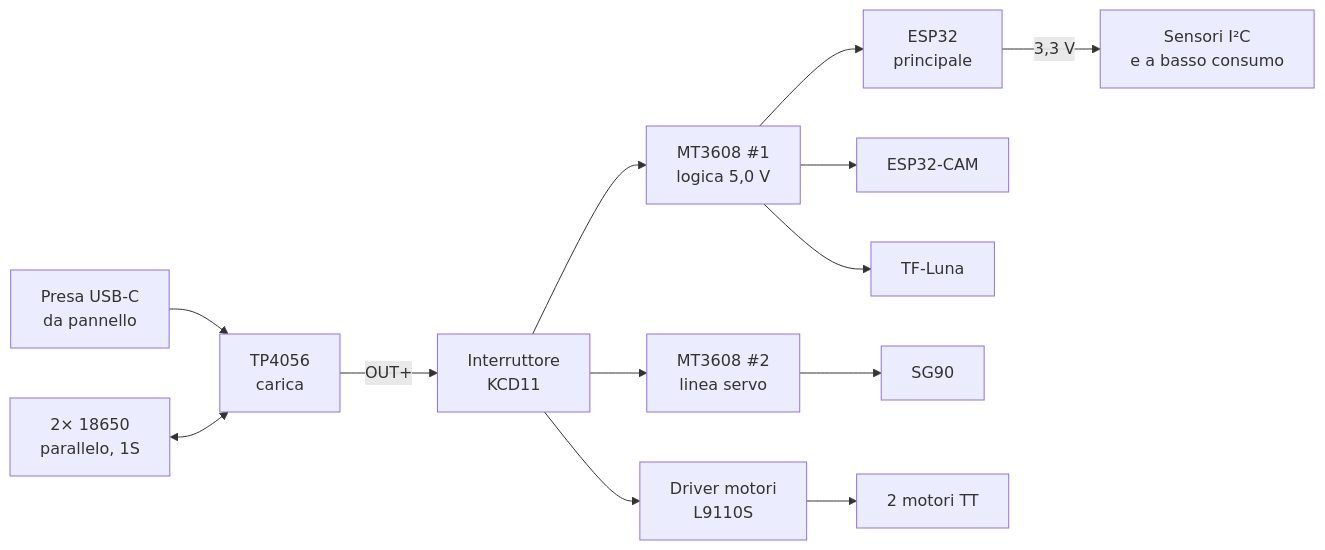
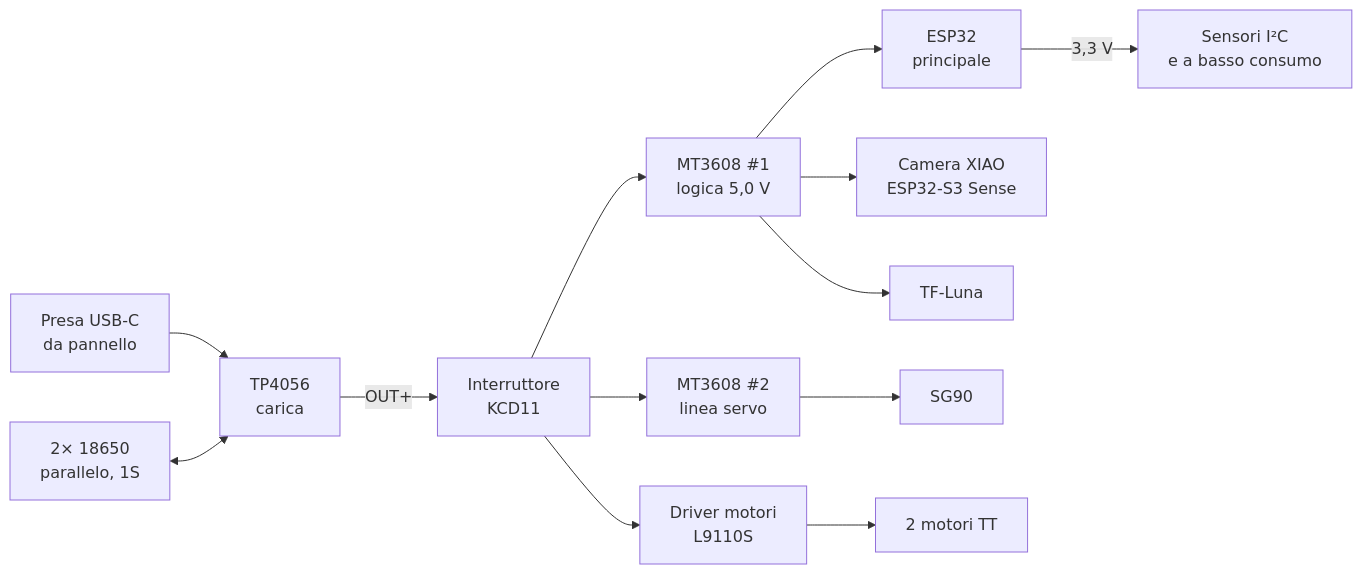
Before and after one commit to stefanoud-lgtm/Sentinel-Robot-Mini: the first of 2 diagrams in README.it.md, drawn with Mermaid. The commit also changed other lines of this file, not shown here.

````diff
--- a/README.it.md
+++ b/README.it.md
@@ -110,15 +112,15 @@
 ```mermaid
 flowchart LR
     USB["Presa USB-C<br>da pannello"] --> TP["TP4056<br>carica"]
     BAT["2× 18650<br>parallelo, 1S"] <--> TP
     TP -->|OUT+| SW["Interruttore<br>KCD11"]
     SW --> B1["MT3608 #1<br>logica 5,0 V"]
     SW --> B2["MT3608 #2<br>linea servo"]
     SW --> DRV["Driver motori<br>L9110S"]
     B1 --> ESP["ESP32<br>principale"]
-    B1 --> CAM["ESP32-CAM"]
+    B1 --> CAM["Camera XIAO<br>ESP32-S3 Sense"]
     B1 --> LUNA["TF-Luna"]
     ESP -->|3,3 V| SENS["Sensori I²C<br>e a basso consumo"]
     B2 --> SERVO["SG90"]
     DRV --> MOT["2 motori TT"]
 ```
````
